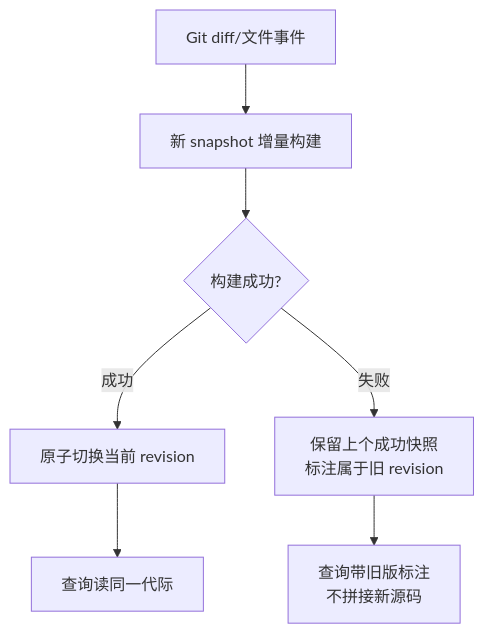
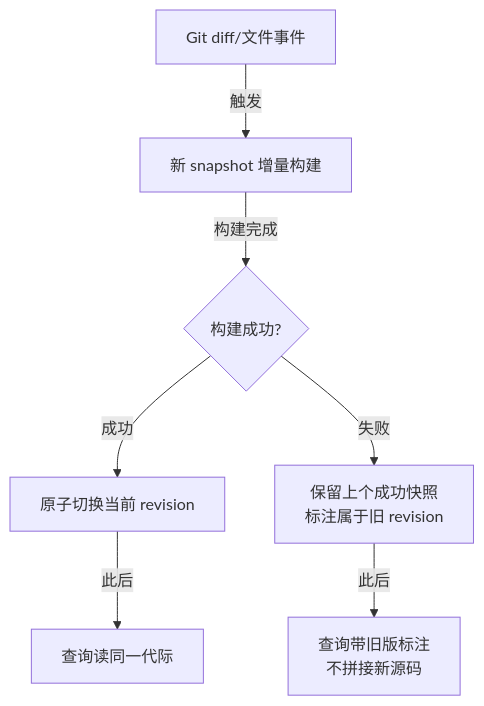
The fourth of 4 diagrams in vault/工程知识/AI 系统工程：从模型能力到生产能力/Agent与工作流/代码智能体需要结构索引、任务探索与运行证据.md (hub138/technical-knowledge), drawn with Mermaid before and after one commit. The commit also changed other lines of this file and 622 other files, not shown here.

````diff
--- a/vault/工程知识/AI 系统工程：从模型能力到生产能力/Agent与工作流/代码智能体需要结构索引、任务探索与运行证据.md
+++ b/vault/工程知识/AI 系统工程：从模型能力到生产能力/Agent与工作流/代码智能体需要结构索引、任务探索与运行证据.md
@@ -213,9 +250,9 @@
 ```mermaid
 graph TD
-    D[Git diff/文件事件] --> B[新 snapshot 增量构建]
-    B --> C{构建成功?}
+    D[Git diff/文件事件] -->|触发| B[新 snapshot 增量构建]
+    B -->|构建完成| C{构建成功?}
     C -->|成功| SW[原子切换当前 revision]
     C -->|失败| OLD[保留上个成功快照<br/>标注属于旧 revision]
-    SW --> Q1[查询读同一代际]
-    OLD --> Q2[查询带旧版标注<br/>不拼接新源码]
+    SW -->|此后| Q1[查询读同一代际]
+    OLD -->|此后| Q2[查询带旧版标注<br/>不拼接新源码]
 ```
````
